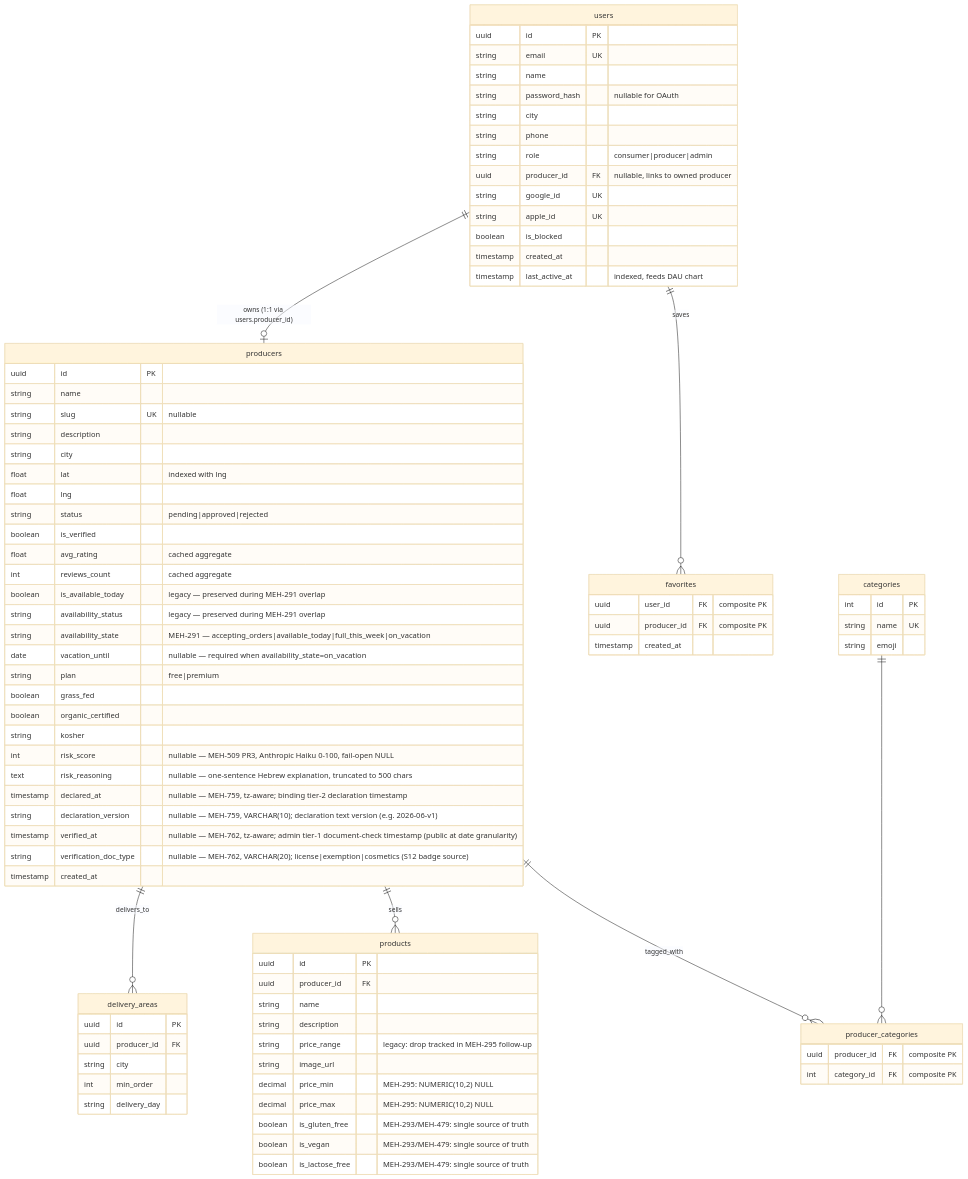
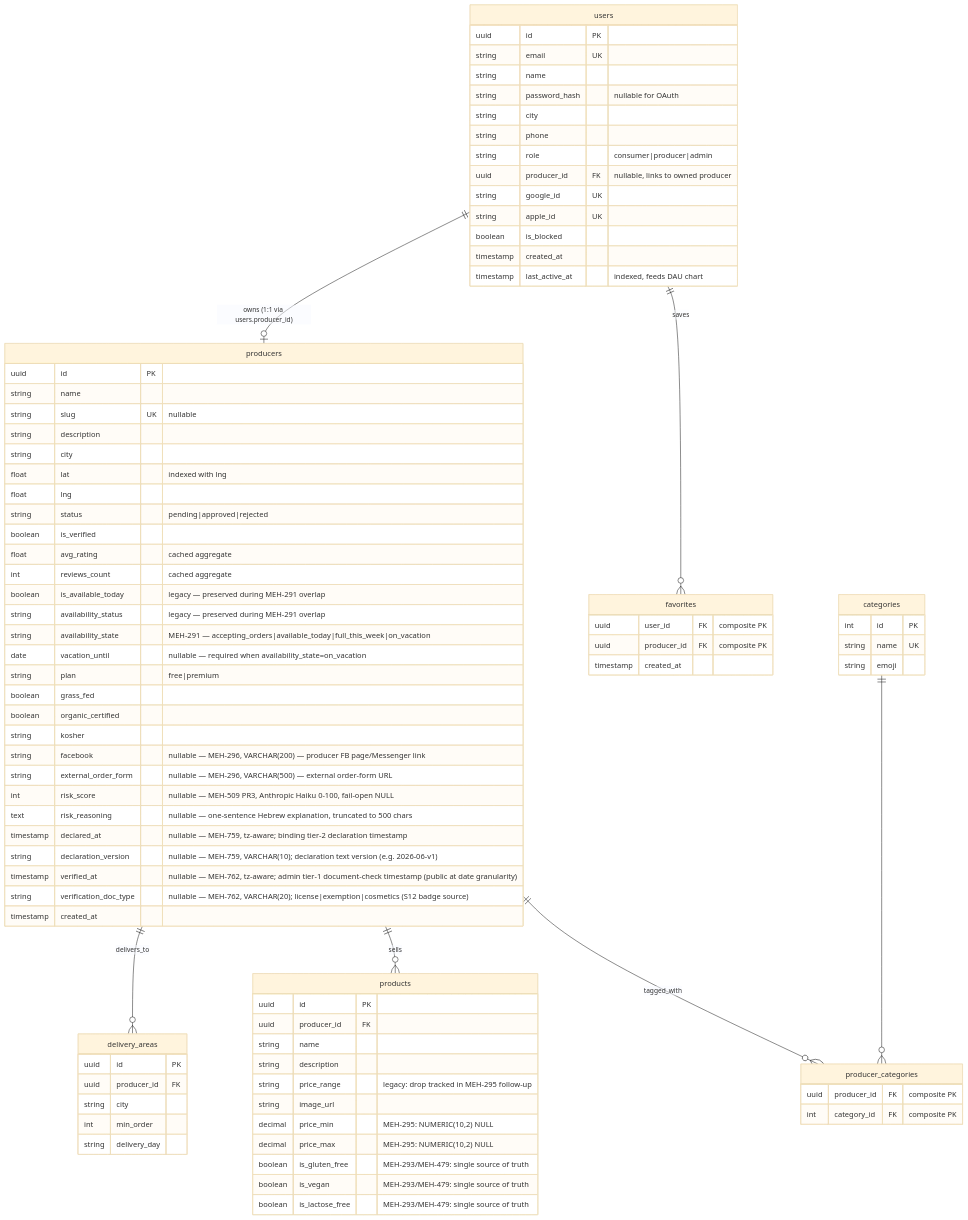
Before and after one commit to levismadar80-ship-it/FoodMamkor: the first of 4 diagrams in .ai/diagrams/db-schema.md, drawn with Mermaid (base theme). The commit also changed 3 other files, not shown here.

First line of the commit message:
docs: MEH-296 3d + 3c-no-op — DATA.md/db-schema.md catch-up + CHANGELOG/HANDOFF

```diff
--- a/.ai/diagrams/db-schema.md
+++ b/.ai/diagrams/db-schema.md
@@ -57,6 +57,8 @@
         boolean grass_fed
         boolean organic_certified
         string kosher
+        string facebook "nullable — MEH-296, VARCHAR(200) — producer FB page/Messenger link"
+        string external_order_form "nullable — MEH-296, VARCHAR(500) — external order-form URL"
         int risk_score "nullable — MEH-509 PR3, Anthropic Haiku 0-100, fail-open NULL"
         text risk_reasoning "nullable — one-sentence Hebrew explanation, truncated to 500 chars"
         timestamp declared_at "nullable — MEH-759, tz-aware; binding tier-2 declaration timestamp"
```
